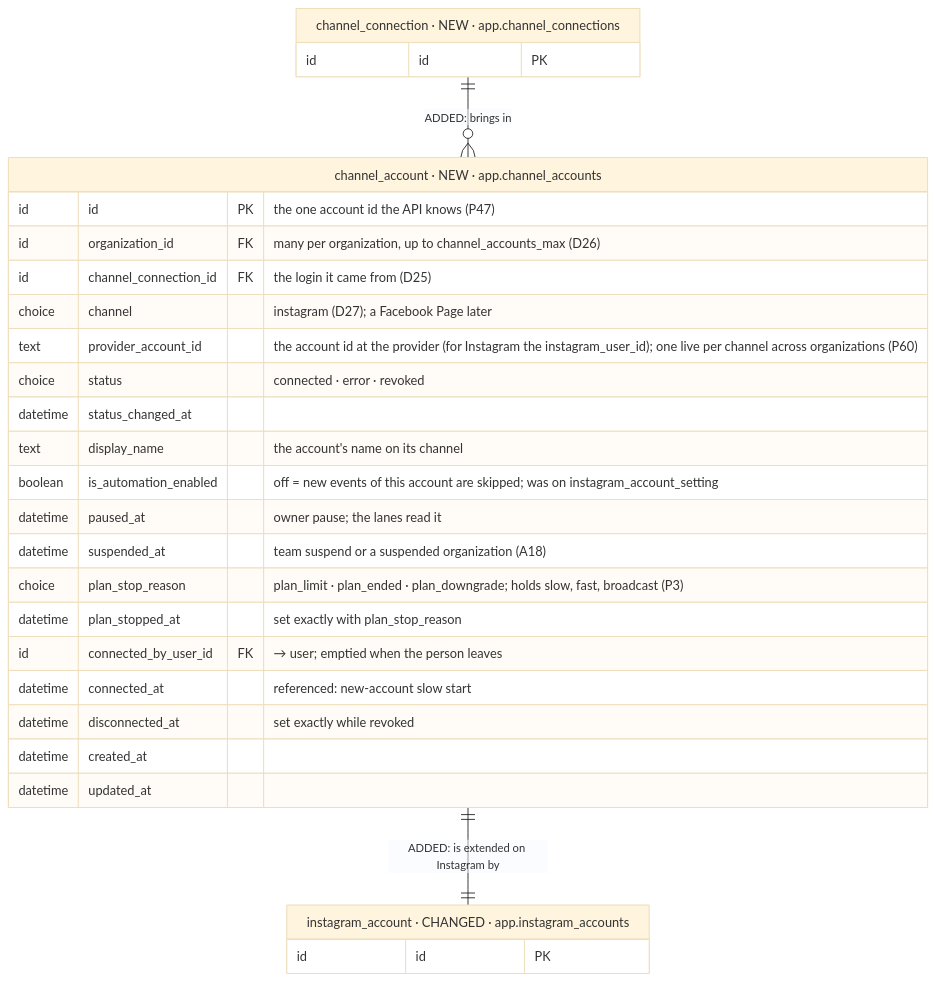
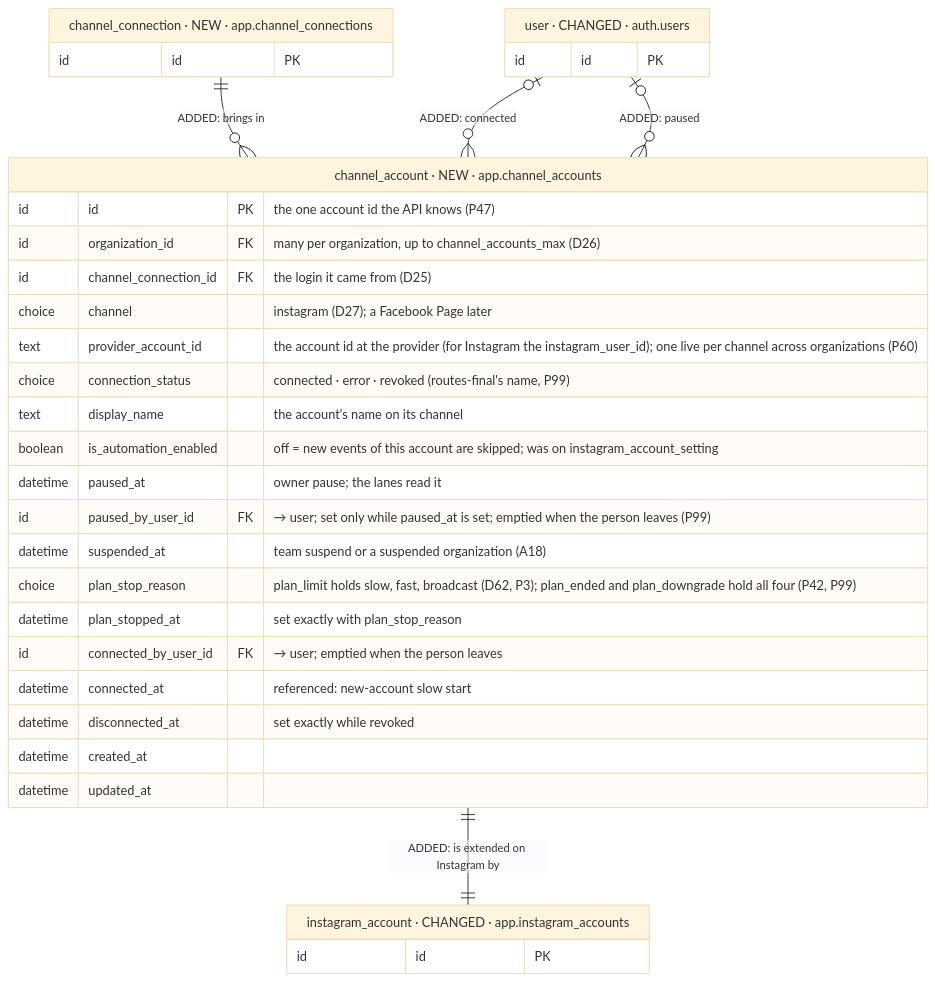
The fourth of 39 diagrams in iterations/feat-instagram-dm-sending-2026-11-23-oxak/plans/db-changes.md (albetrios/meepzo-be), drawn with Mermaid (base theme) before and after one commit. The commit also changed other lines of this file and 3 other files, not shown here.

````diff
--- a/iterations/feat-instagram-dm-sending-2026-11-23-oxak/plans/db-changes.md
+++ b/iterations/feat-instagram-dm-sending-2026-11-23-oxak/plans/db-changes.md
@@ -403,31 +453,36 @@
 ```mermaid
 erDiagram
   channel_account["channel_account · NEW · app.channel_accounts"] {
     id id PK "the one account id the API knows (P47)"
     id organization_id FK "many per organization, up to channel_accounts_max (D26)"
     id channel_connection_id FK "the login it came from (D25)"
     choice channel "instagram (D27); a Facebook Page later"
     text provider_account_id "the account id at the provider (for Instagram the instagram_user_id); one live per channel across organizations (P60)"
-    choice status "connected · error · revoked"
-    datetime status_changed_at
+    choice connection_status "connected · error · revoked (routes-final's name, P99)"
     text display_name "the account's name on its channel"
     boolean is_automation_enabled "off = new events of this account are skipped; was on instagram_account_setting"
     datetime paused_at "owner pause; the lanes read it"
+    id paused_by_user_id FK "→ user; set only while paused_at is set; emptied when the person leaves (P99)"
     datetime suspended_at "team suspend or a suspended organization (A18)"
-    choice plan_stop_reason "plan_limit · plan_ended · plan_downgrade; holds slow, fast, broadcast (P3)"
+    choice plan_stop_reason "plan_limit holds slow, fast, broadcast (D62, P3); plan_ended and plan_downgrade hold all four (P42, P99)"
     datetime plan_stopped_at "set exactly with plan_stop_reason"
     id connected_by_user_id FK "→ user; emptied when the person leaves"
     datetime connected_at "referenced: new-account slow start"
     datetime disconnected_at "set exactly while revoked"
     datetime created_at
     datetime updated_at
   }
   channel_connection["channel_connection · NEW · app.channel_connections"] {
     id id PK
   }
   instagram_account["instagram_account · CHANGED · app.instagram_accounts"] {
     id id PK
   }
+  user["user · CHANGED · auth.users"] {
+    id id PK
+  }
   channel_connection ||--o{ channel_account : "ADDED: brings in"
   channel_account ||--|| instagram_account : "ADDED: is extended on Instagram by"
+  user |o--o{ channel_account : "ADDED: connected"
+  user |o--o{ channel_account : "ADDED: paused"
 ```
````
